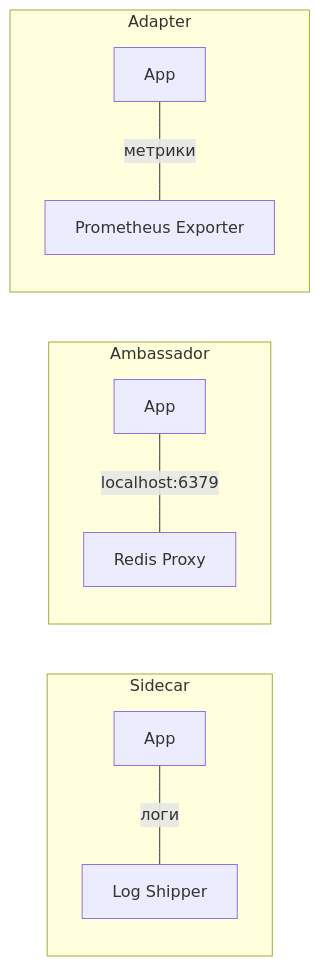
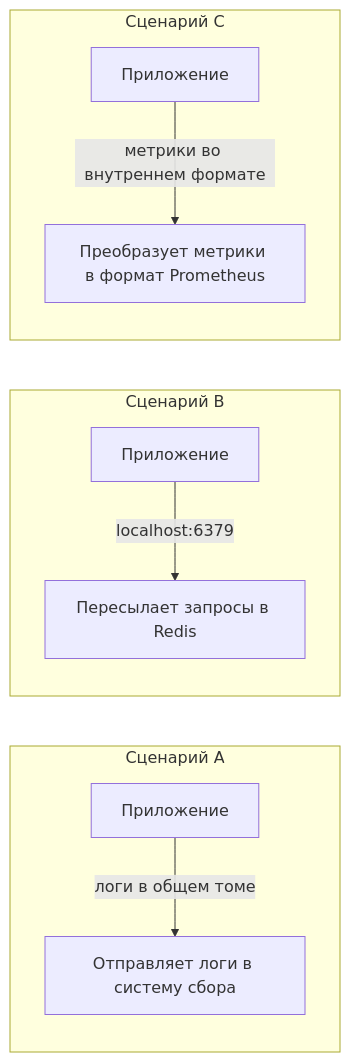
Before and after one commit to akeverus/cheat-sheet: the fourth of 10 diagrams in cheatsheets/interview/devops/kubernetes-interview.md, drawn with Mermaid. The commit also changed other lines of this file and 2 other files, not shown here.

````diff
--- a/cheatsheets/interview/devops/kubernetes-interview.md
+++ b/cheatsheets/interview/devops/kubernetes-interview.md
@@ -443,14 +450,12 @@
 ```mermaid
-graph LR
-    subgraph "Sidecar"
-        A1[App] ---|логи| S1[Log Shipper]
+flowchart LR
+    subgraph a["Сценарий A"]
+        A1["Приложение"] -->|"логи в общем томе"| S1["Отправляет логи в систему сбора"]
     end
-
-    subgraph "Ambassador"
-        A2[App] ---|localhost:6379| S2[Redis Proxy]
+    subgraph b["Сценарий B"]
+        A2["Приложение"] -->|"localhost:6379"| S2["Пересылает запросы в Redis"]
     end
-
-    subgraph "Adapter"
-        A3[App] ---|метрики| S3[Prometheus Exporter]
+    subgraph c["Сценарий C"]
+        A3["Приложение"] -->|"метрики во внутреннем формате"| S3["Преобразует метрики в формат Prometheus"]
     end
 ```
````
